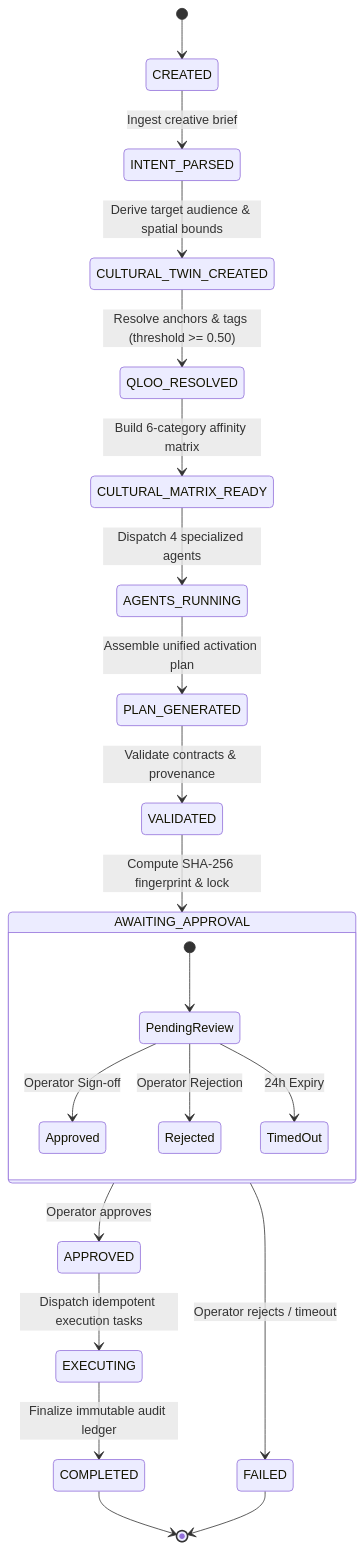
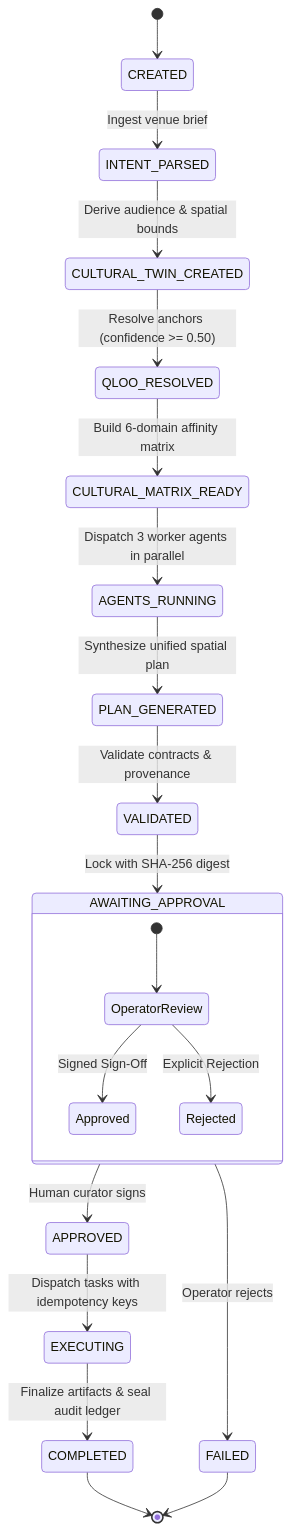
Before and after one commit to maitray-agrawal/TasteOps: the second of 2 diagrams in README.md, drawn with Mermaid. The commit also changed other lines of this file and 22 other files, not shown here.

````diff
--- a/README.md
+++ b/README.md
@@ -184,26 +140,25 @@
 ```mermaid
 stateDiagram-v2
     [*] --> CREATED
-    CREATED --> INTENT_PARSED: Ingest creative brief
-    INTENT_PARSED --> CULTURAL_TWIN_CREATED: Derive target audience & spatial bounds
-    CULTURAL_TWIN_CREATED --> QLOO_RESOLVED: Resolve anchors & tags (threshold >= 0.50)
-    QLOO_RESOLVED --> CULTURAL_MATRIX_READY: Build 6-category affinity matrix
-    CULTURAL_MATRIX_READY --> AGENTS_RUNNING: Dispatch 4 specialized agents
-    AGENTS_RUNNING --> PLAN_GENERATED: Assemble unified activation plan
+    CREATED --> INTENT_PARSED: Ingest venue brief
+    INTENT_PARSED --> CULTURAL_TWIN_CREATED: Derive audience & spatial bounds
+    CULTURAL_TWIN_CREATED --> QLOO_RESOLVED: Resolve anchors (confidence >= 0.50)
+    QLOO_RESOLVED --> CULTURAL_MATRIX_READY: Build 6-domain affinity matrix
+    CULTURAL_MATRIX_READY --> AGENTS_RUNNING: Dispatch 3 worker agents in parallel
+    AGENTS_RUNNING --> PLAN_GENERATED: Synthesize unified spatial plan
     PLAN_GENERATED --> VALIDATED: Validate contracts & provenance
-    VALIDATED --> AWAITING_APPROVAL: Compute SHA-256 fingerprint & lock
+    VALIDATED --> AWAITING_APPROVAL: Lock with SHA-256 digest
 
     state AWAITING_APPROVAL {
-        [*] --> PendingReview
-        PendingReview --> Approved: Operator Sign-off
-        PendingReview --> Rejected: Operator Rejection
-        PendingReview --> TimedOut: 24h Expiry
+        [*] --> OperatorReview
+        OperatorReview --> Approved: Signed Sign-Off
+        OperatorReview --> Rejected: Explicit Rejection
     }
 
-    AWAITING_APPROVAL --> APPROVED: Operator approves
-    AWAITING_APPROVAL --> FAILED: Operator rejects / timeout
-    APPROVED --> EXECUTING: Dispatch idempotent execution tasks
-    EXECUTING --> COMPLETED: Finalize immutable audit ledger
+    AWAITING_APPROVAL --> APPROVED: Human curator signs
+    AWAITING_APPROVAL --> FAILED: Operator rejects
+    APPROVED --> EXECUTING: Dispatch tasks with idempotency keys
+    EXECUTING --> COMPLETED: Finalize artifacts & seal audit ledger
     COMPLETED --> [*]
     FAILED --> [*]
 ```
````
